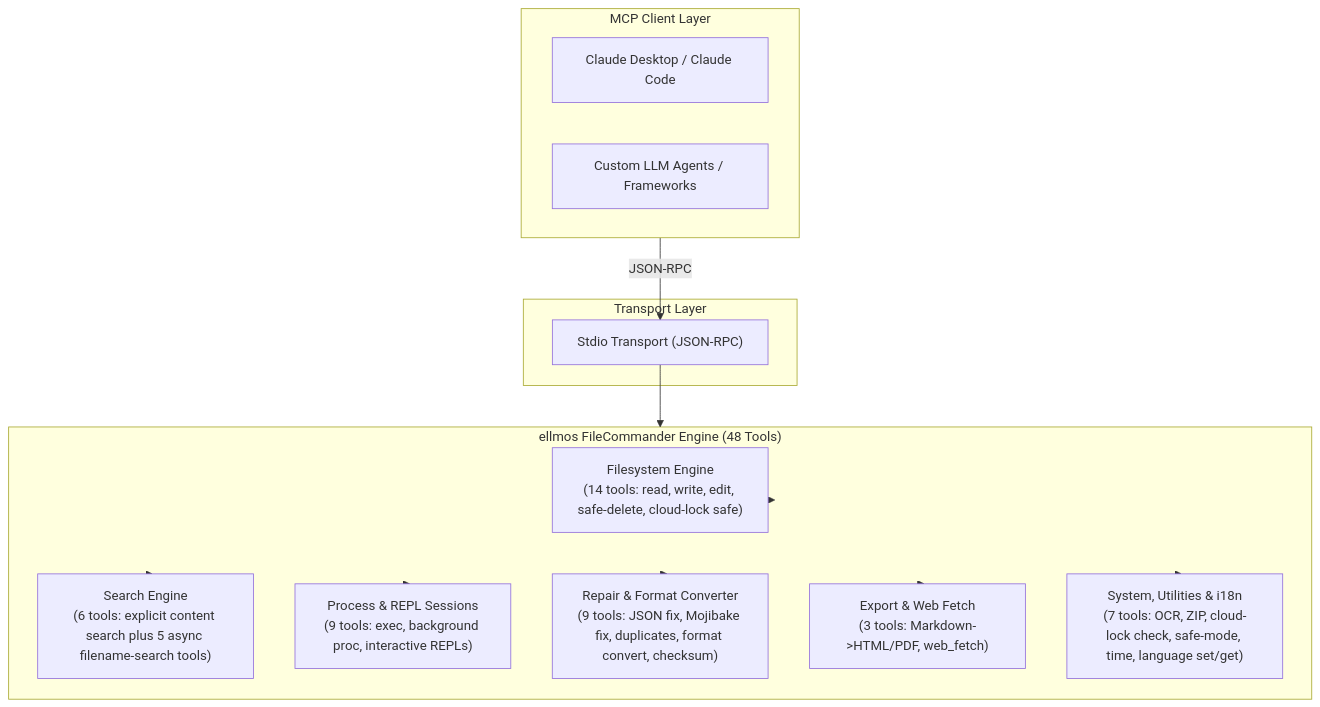
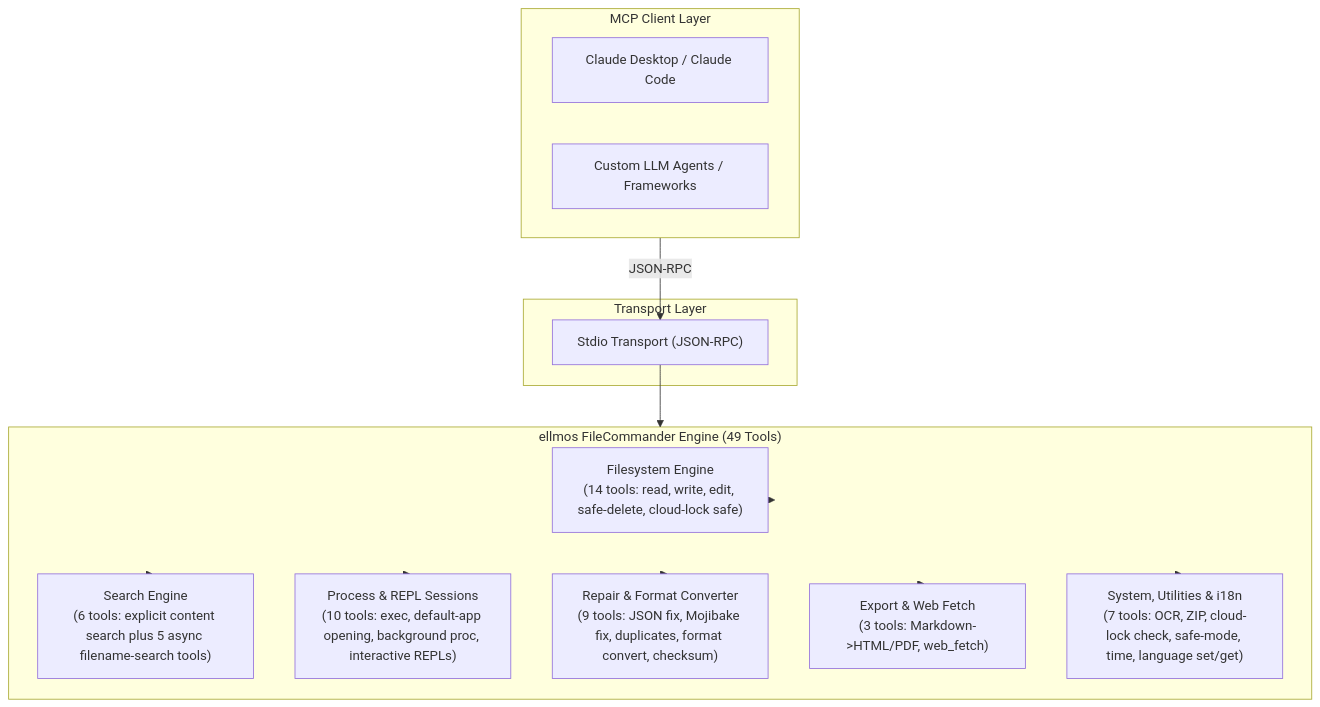
One commit to lukisch/bach-filecommander-mcp changed the first of 2 diagrams in README.md. Above: the diagram before and after it, drawn with Mermaid. The commit also changed other lines of this file and 22 other files, not shown here.

Commit message:
feat(process): open paths with default application

````diff
--- a/README.md
+++ b/README.md
@@ -63,29 +63,29 @@
 ```mermaid
 flowchart TD
     subgraph Client["MCP Client Layer"]
         Claude["Claude Desktop / Claude Code"]
         Custom["Custom LLM Agents / Frameworks"]
     end
 
     subgraph Transport["Transport Layer"]
         Stdio["Stdio Transport (JSON-RPC)"]
     end
 
-    subgraph Core["ellmos FileCommander Engine (48 Tools)"]
+    subgraph Core["ellmos FileCommander Engine (49 Tools)"]
         FS["Filesystem Engine\n(14 tools: read, write, edit, safe-delete, cloud-lock safe)"]
         Search["Search Engine\n(6 tools: explicit content search plus 5 async filename-search tools)"]
-        Proc["Process & REPL Sessions\n(9 tools: exec, background proc, interactive REPLs)"]
+        Proc["Process & REPL Sessions\n(10 tools: exec, default-app opening, background proc, interactive REPLs)"]
         Repair["Repair & Format Converter\n(9 tools: JSON fix, Mojibake fix, duplicates, format convert, checksum)"]
         Export["Export & Web Fetch\n(3 tools: Markdown->HTML/PDF, web_fetch)"]
         Sys["System, Utilities & i18n\n(7 tools: OCR, ZIP, cloud-lock check, safe-mode, time, language set/get)"]
     end
 
     Client -->|JSON-RPC| Stdio
     Stdio --> Core
     Core --> FS
     Core --> Search
     Core --> Proc
     Core --> Repair
     Core --> Export
     Core --> Sys
 ```
````
